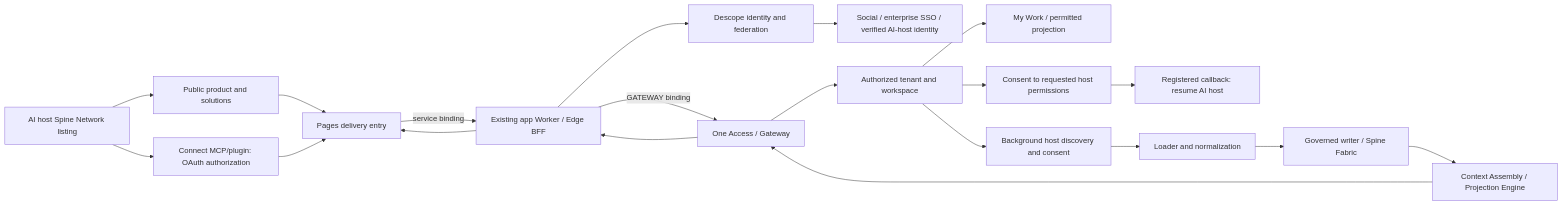
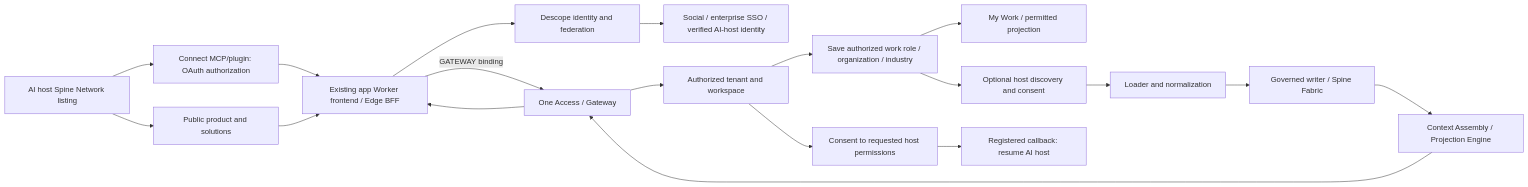
Before and after one commit to SpineInnovLabs/spinemarketing: the diagram in docs/superpowers/specs/2026-10-10-workspace-entry-pages-design.md, drawn with Mermaid. The commit also changed other lines of this file, not shown here.

Commit message:
docs: align workspace entry with authorized role onboarding

````diff
--- a/docs/superpowers/specs/2026-10-10-workspace-entry-pages-design.md
+++ b/docs/superpowers/specs/2026-10-10-workspace-entry-pages-design.md
@@ -80,22 +80,21 @@
 ```mermaid
 flowchart LR
     H0[AI host Spine Network listing] --> O[Connect MCP/plugin: OAuth authorization]
     H0 --> M
-    M[Public product and solutions] --> P[Pages delivery entry]
-    O --> P
-    P -->|service binding| W[Existing app Worker / Edge BFF]
+    M[Public product and solutions] --> W[Existing app Worker frontend / Edge BFF]
+    O --> W
     W --> D[Descope identity and federation]
     D --> I[Social / enterprise SSO / verified AI-host identity]
     W -->|GATEWAY binding| G[One Access / Gateway]
     G --> A[Authorized tenant and workspace]
-    A --> V[My Work / permitted projection]
+    A --> F[Save authorized work role / organization / industry]
+    F --> V[My Work / permitted projection]
     A --> Q[Consent to requested host permissions]
     Q --> R[Registered callback: resume AI host]
-    A --> H[Background host discovery and consent]
+    F --> H[Optional host discovery and consent]
     H --> L[Loader and normalization]
     L --> S[Governed writer / Spine Fabric]
     S --> C[Context Assembly / Projection Engine]
     C --> G
     G --> W
-    W --> P
 ```
````
